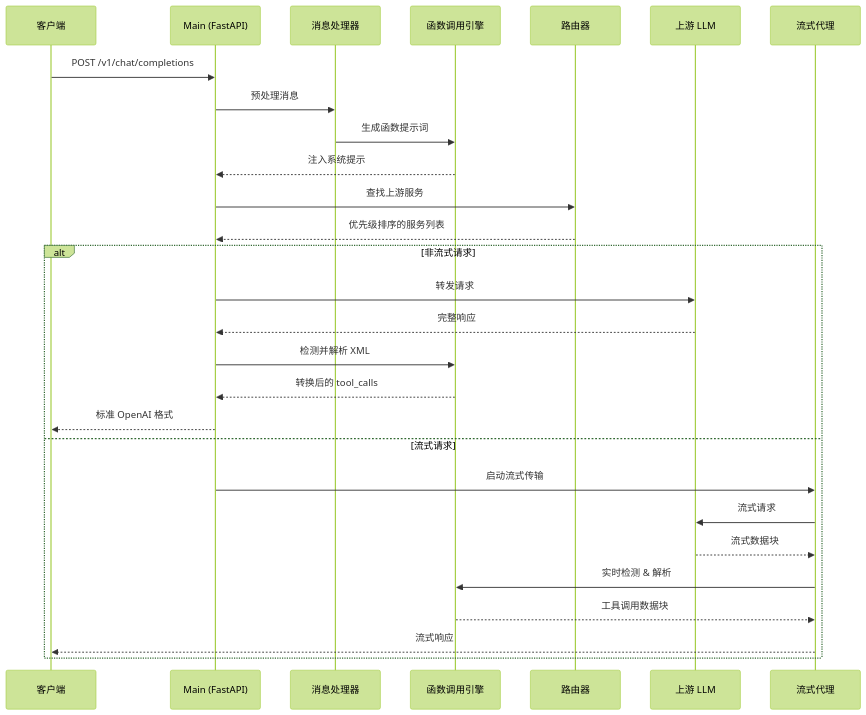
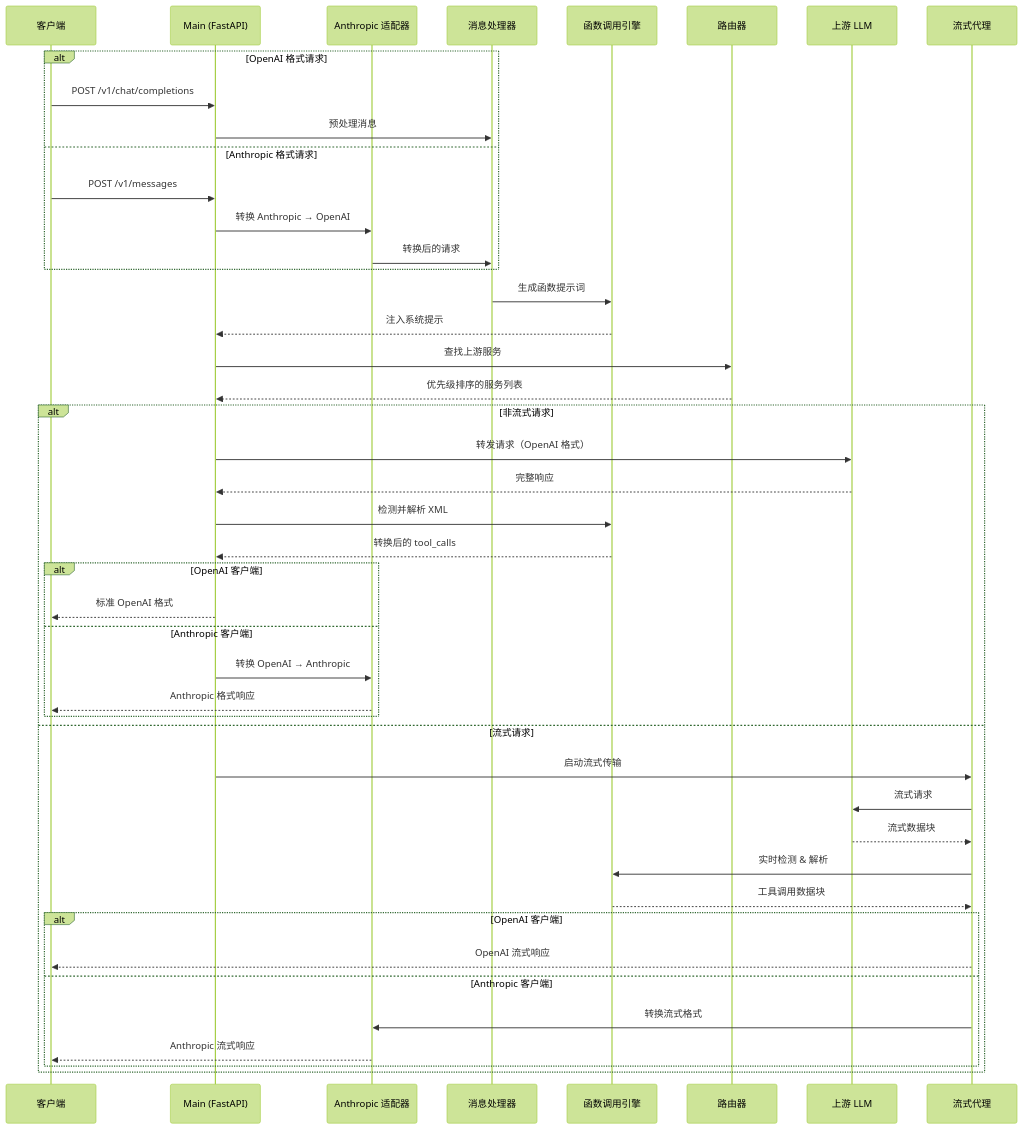
One commit to ImogeneOctaviap794/Toolify changed the third of 3 diagrams in README_zh.md. Above: the diagram before and after it, drawn with Mermaid (forest theme). The commit also changed other lines of this file and 1 other file, not shown here.

Commit message:
docs: 架构图中明确展示对 Claude/Anthropic 原生格式的支持
更新内容：
✅ 客户端层分离：OpenAI SDK 和 Anthropic SDK 客户端
✅ 突出 anthropic_adapter 作为独立的格式转换模块
✅ 展示双向转换流程：
   - 请求：Anthropic → OpenAI （处理）
   - 响应：OpenAI → Anthropic （返回）
✅ 时序图中清晰区分两种 API 格式的处理路径
✅ 支持流式和非流式两种模式的格式转换

架构特点：
🔄 无缝格式转换 - Anthropic ↔ OpenAI
🎯 统一内部处理 - 所有请求统一转为 OpenAI 格式处理
📤 智能响应转换 - 根据客户端类型返回对应格式
🌊 完整流式支持 - 流式响应也支持格式转换

````diff
--- a/README_zh.md
+++ b/README_zh.md
@@ -179,32 +188,52 @@
 ```mermaid
 sequenceDiagram
     participant C as 客户端
     participant M as Main (FastAPI)
+    participant A as Anthropic 适配器
     participant MP as 消息处理器
     participant FC as 函数调用引擎
     participant R as 路由器
     participant U as 上游 LLM
     participant SP as 流式代理
 
-    C->>M: POST /v1/chat/completions
-    M->>MP: 预处理消息
+    alt OpenAI 格式请求
+        C->>M: POST /v1/chat/completions
+        M->>MP: 预处理消息
+    else Anthropic 格式请求
+        C->>M: POST /v1/messages
+        M->>A: 转换 Anthropic → OpenAI
+        A->>MP: 转换后的请求
+    end
+    
     MP->>FC: 生成函数提示词
     FC-->>M: 注入系统提示
     M->>R: 查找上游服务
     R-->>M: 优先级排序的服务列表
     
     alt 非流式请求
-        M->>U: 转发请求
+        M->>U: 转发请求（OpenAI 格式）
         U-->>M: 完整响应
         M->>FC: 检测并解析 XML
         FC-->>M: 转换后的 tool_calls
-        M-->>C: 标准 OpenAI 格式
+        
+        alt OpenAI 客户端
+            M-->>C: 标准 OpenAI 格式
+        else Anthropic 客户端
+            M->>A: 转换 OpenAI → Anthropic
+            A-->>C: Anthropic 格式响应
+        end
     else 流式请求
         M->>SP: 启动流式传输
         SP->>U: 流式请求
         U-->>SP: 流式数据块
         SP->>FC: 实时检测 & 解析
         FC-->>SP: 工具调用数据块
-        SP-->>C: 流式响应
+        
+        alt OpenAI 客户端
+            SP-->>C: OpenAI 流式响应
+        else Anthropic 客户端
+            SP->>A: 转换流式格式
+            A-->>C: Anthropic 流式响应
+        end
     end
 ```
````
